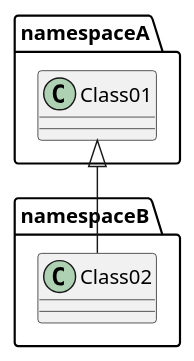
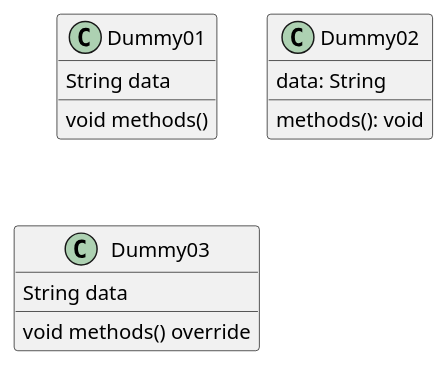
The diagram in samples/plantuml/class.puml (Document-Collection/image-processing), drawn with PlantUML before and after one commit.

Commit message:
test(plantuml): 类图实现：关系标识、字段/方法声明

```diff
--- a/samples/plantuml/class.puml
+++ b/samples/plantuml/class.puml
@@ -1,31 +1,58 @@
 @startuml
 skinparam classAttributeIconSize 0
 
 ' class Dummy {
 '     String data
 '     void methods()  
 ' }
 
 ' class Flight {
 '     +flightNumber: Integer
 '     -departureTime: Data
     
 '     # hahah(): void
 ' }
 
 ' ' 泛化 空心三角形+实线
 ' Class01 <|-- Class02
 ' ' 实现 空心三角形+虚线
 ' Class03 <|.. Class04
 ' ' 组合 实心菱形+实线
 ' Class05 *-- Class06
 ' ' 聚合 空心菱形+实线
 ' Class07 o-- Class08
 ' ' 关联 箭头+实线
 ' Class09 <-- Class10
 ' ' 依赖 箭头+虚线
 ' Class11 <.. Class12
 
-namespaceA.Class01 <|-- namespaceB.Class02
+' namespaceA.Class01 <|-- namespaceB.Class02
+
+' class Dummy {
+'     {static} String id
+'     {abstract} void methods()
+'     {static} virtual void hi() override
+' }
+
+' Class01 "1" *-- "many" Class02 : contains
+
+' Class03 o-- Class04 : aggregation
+
+' Class05 --> "1" Class06
+
+class Dummy01 {
+    String data
+    void methods()
+}
+
+class Dummy02 {
+    data: String
+    methods(): void
+}
+
+class Dummy03 {
+    String data
+    void methods() override
+}
 
 @enduml
```
